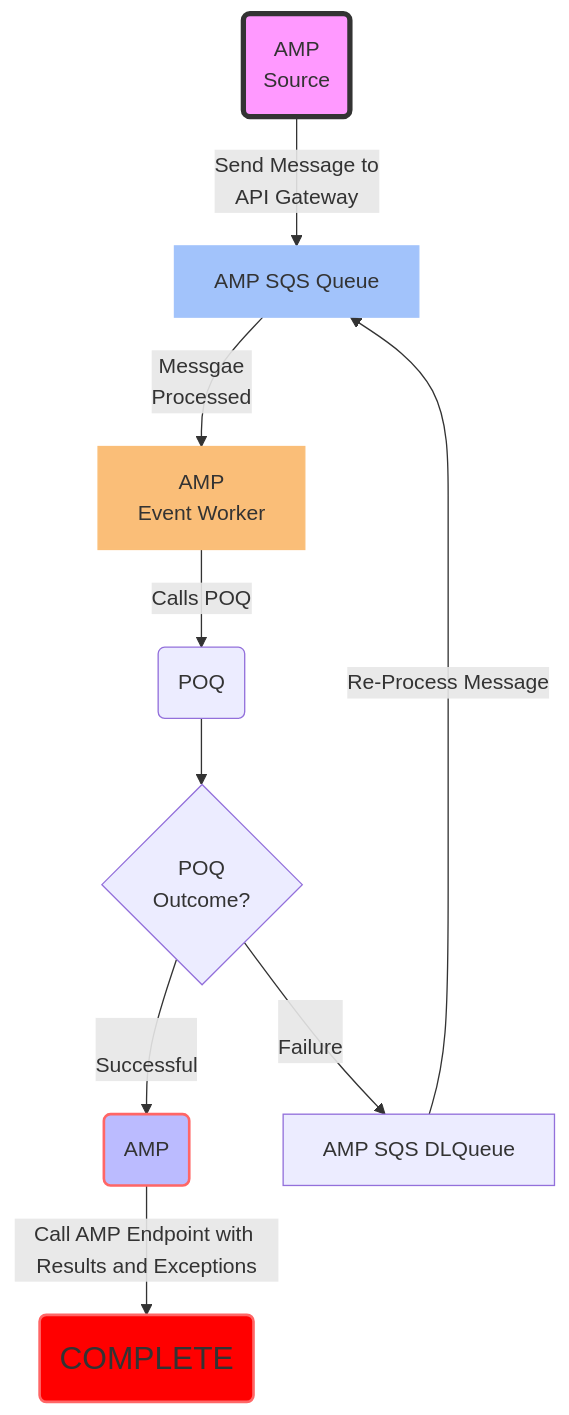
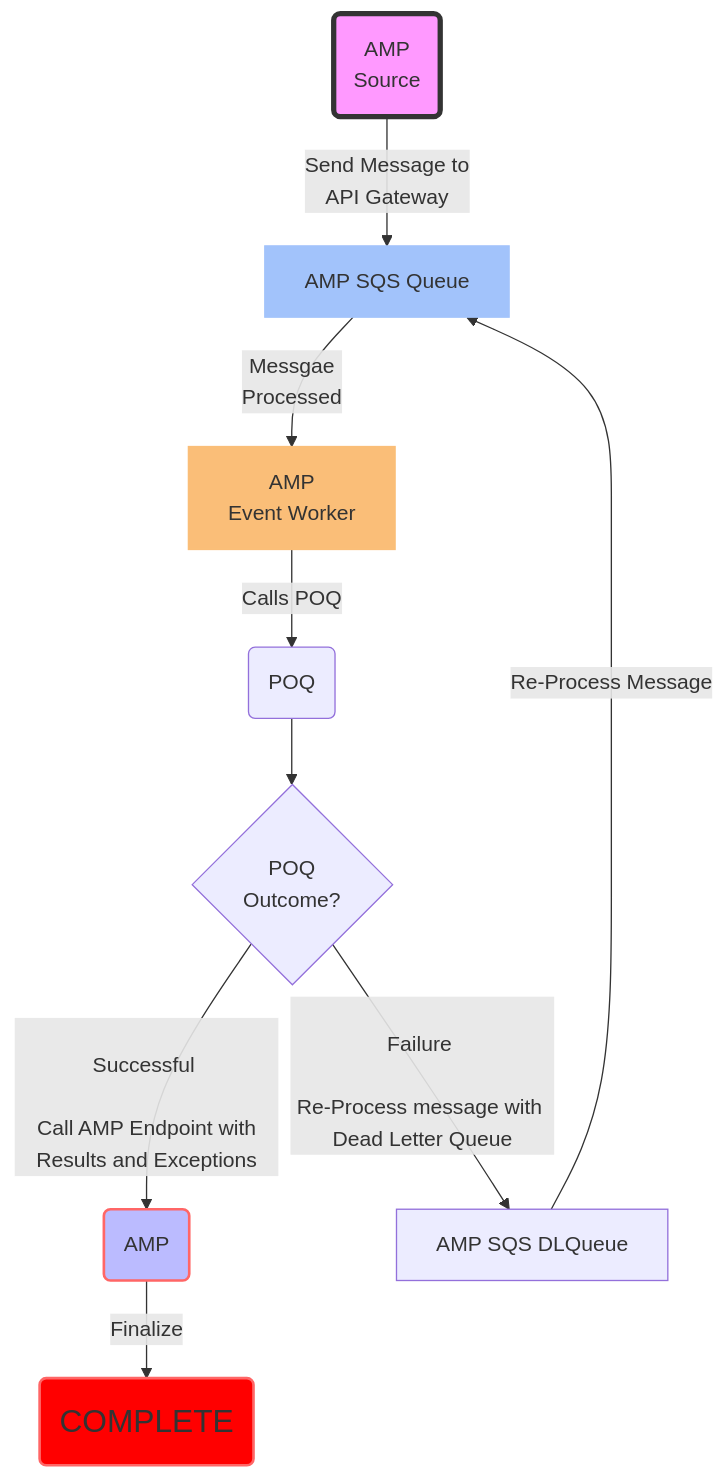
Before and after one commit to travellingcoderr/travellingcoderr: the first of 3 diagrams in README.md, drawn with Mermaid.

````diff
--- a/README.md
+++ b/README.md
@@ -1,28 +1,28 @@
 ```mermaid
 flowchart TB
 
 A(AMP <br /> Source)
 A -->|Send Message to <br/> API Gateway| B[AMP SQS Queue]
 B -->|Messgae <br />Processed| C[AMP <br /> Event Worker]
 C -->|Calls POQ| D(POQ)
 D -->E{POQ <br /> Outcome?}
-E -->|<br />Successful| F(AMP)
-F -->|Call AMP Endpoint with Results and Exceptions| COMPLETE(<font size=5>COMPLETE)
-E -->|<br />Failure| G[AMP SQS DLQueue]
+E -->|<br />Successful <br /><br /> Call AMP Endpoint with Results and Exceptions| F(AMP)
+F -->|Finalize| COMPLETE(<font size=5>COMPLETE)
+E -->|<br />Failure <br /><br />Re-Process message with Dead Letter Queue| G[AMP SQS DLQueue]
 G -->|Re-Process Message| B[AMP SQS Queue]
 
 %% CSS Styles
 style A fill:#f9f,stroke:#333,stroke-width:4px
-style F fill:#bbf,stroke:#f66,stroke-width:2px
+style F fill:#bbf,stroke:#f66,stroke-width:2px,padding:20px
 style COMPLETE fill:#FF0000,stroke:#f66,stroke-width:2px
 
 %% Set the classes
 classDef success fill:#8FD27F,stroke:#8FD27F;
 classDef flow fill:#A2C3FB,stroke:#A2C3FB;
 classDef quest fill:#FABE78,stroke:#FABE78;
 
 %% Assign the classes
 class A success;
 class B flow;
 class C quest;
 ```
````
